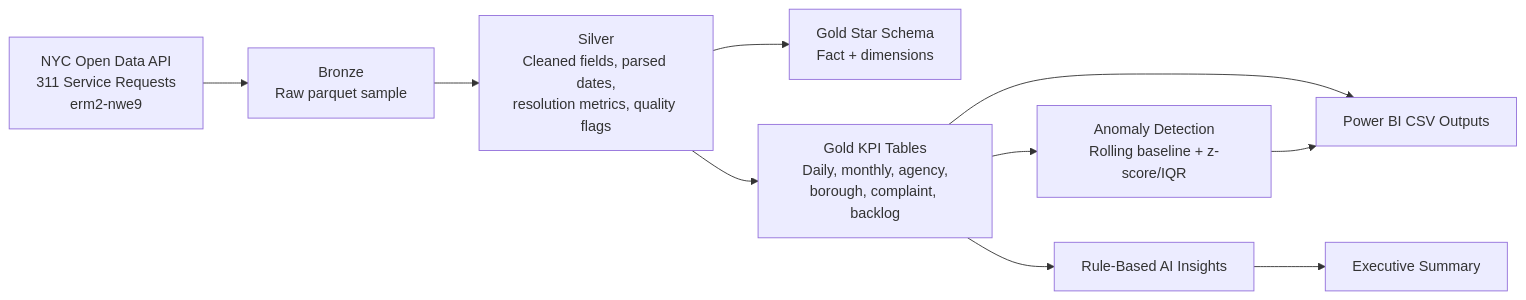
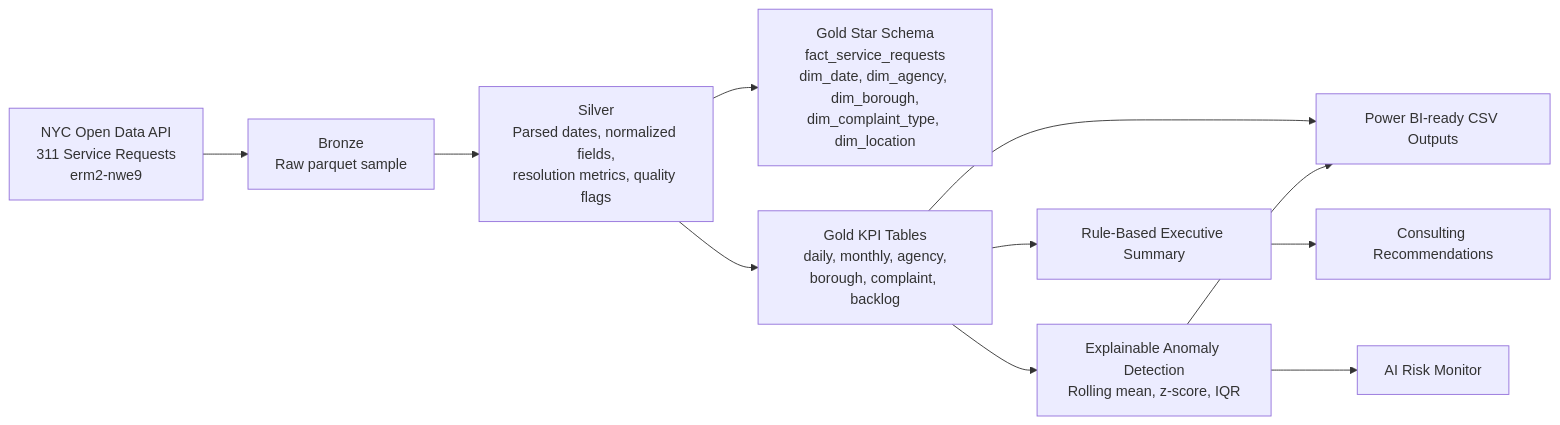
Before and after one commit to bobaoxu2001/nyc-311-service-intelligence-platform: the diagram in README.md, drawn with Mermaid. The commit also changed other lines of this file and 16 other files, not shown here.

````diff
--- a/README.md
+++ b/README.md
@@ -11,12 +64,13 @@
 ```mermaid
 flowchart LR
     A["NYC Open Data API<br/>311 Service Requests<br/>erm2-nwe9"] --> B["Bronze<br/>Raw parquet sample"]
-    B --> C["Silver<br/>Cleaned fields, parsed dates,<br/>resolution metrics, quality flags"]
-    C --> D["Gold Star Schema<br/>Fact + dimensions"]
-    C --> E["Gold KPI Tables<br/>Daily, monthly, agency,<br/>borough, complaint, backlog"]
-    E --> F["Power BI CSV Outputs"]
-    E --> G["Rule-Based AI Insights"]
-    E --> H["Anomaly Detection<br/>Rolling baseline + z-score/IQR"]
+    B --> C["Silver<br/>Parsed dates, normalized fields,<br/>resolution metrics, quality flags"]
+    C --> D["Gold Star Schema<br/>fact_service_requests<br/>dim_date, dim_agency, dim_borough,<br/>dim_complaint_type, dim_location"]
+    C --> E["Gold KPI Tables<br/>daily, monthly, agency,<br/>borough, complaint, backlog"]
+    E --> F["Power BI-ready CSV Outputs"]
+    E --> G["Rule-Based Executive Summary"]
+    E --> H["Explainable Anomaly Detection<br/>Rolling mean, z-score, IQR"]
     H --> F
-    G --> I["Executive Summary"]
+    H --> I["AI Risk Monitor"]
+    G --> J["Consulting Recommendations"]
 ```
````
